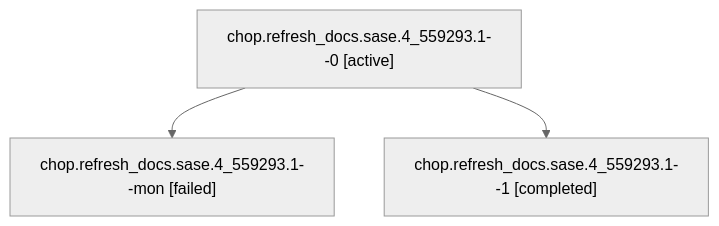
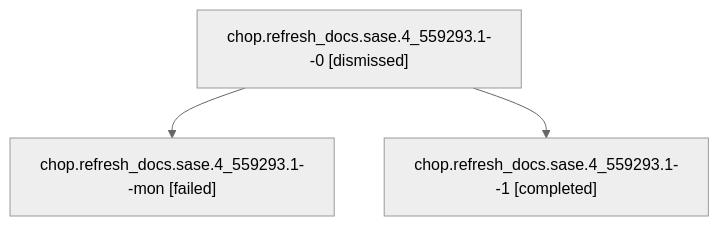
One commit to sase-org/sase--agents changed the diagram in sessions/bbugyi200.athena.chop.refresh_docs.sase.4_559293.1.md. Above: the diagram before and after it, drawn with Mermaid (neutral theme). The commit also changed other lines of this file and 320 other files, not shown here.

````diff
--- a/sessions/bbugyi200.athena.chop.refresh_docs.sase.4_559293.1.md
+++ b/sessions/bbugyi200.athena.chop.refresh_docs.sase.4_559293.1.md
@@ -9,8 +9,8 @@
 ```mermaid
 flowchart TD
-  n0["chop.refresh_docs.sase.4_559293.1--0 [active]"]
+  n0["chop.refresh_docs.sase.4_559293.1--0 [dismissed]"]
   n1["chop.refresh_docs.sase.4_559293.1--mon [failed]"]
   n0 --> n1
   n2["chop.refresh_docs.sase.4_559293.1--1 [completed]"]
   n0 --> n2
 ```
````
